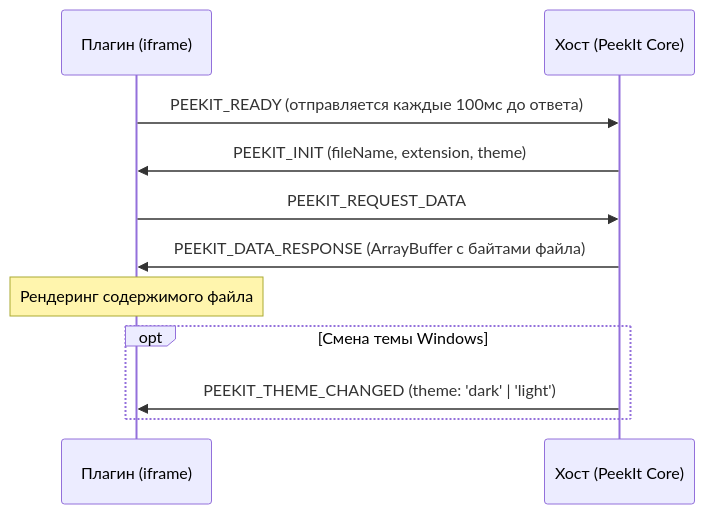
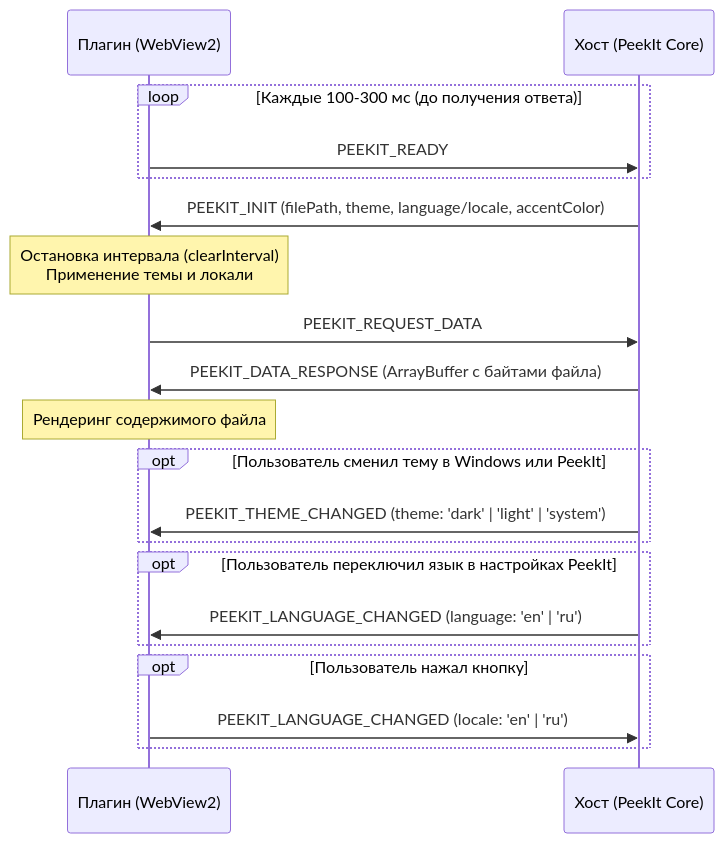
One commit to kobaltgit/peekit-plugins changed the diagram in PLUGIN_DEVELOPMENT_GUIDE.md. Above: the diagram before and after it, drawn with Mermaid. The commit also changed other lines of this file and 109 other files, not shown here.

Commit message:
feat: standardise light theme, fix archive hang, add pre-production test suite and update plugins to latest stable

````diff
--- a/PLUGIN_DEVELOPMENT_GUIDE.md
+++ b/PLUGIN_DEVELOPMENT_GUIDE.md
@@ -77,16 +101,29 @@
 ```mermaid
 sequenceDiagram
-    participant Plugin as Плагин (iframe)
+    participant Plugin as Плагин (WebView2)
     participant Host as Хост (PeekIt Core)
     
-    Plugin->>Host: PEEKIT_READY (отправляется каждые 100мс до ответа)
-    Host->>Plugin: PEEKIT_INIT (fileName, extension, theme)
+    loop Каждые 100-300 мс (до получения ответа)
+        Plugin->>Host: PEEKIT_READY
+    end
+    
+    Host->>Plugin: PEEKIT_INIT (filePath, theme, language/locale, accentColor)
+    Note over Plugin: Остановка интервала (clearInterval)<br/>Применение темы и локали
+    
     Plugin->>Host: PEEKIT_REQUEST_DATA
     Host->>Plugin: PEEKIT_DATA_RESPONSE (ArrayBuffer с байтами файла)
     
     Note over Plugin: Рендеринг содержимого файла
     
-    opt Смена темы Windows
-        Host->>Plugin: PEEKIT_THEME_CHANGED (theme: 'dark' | 'light')
+    opt Пользователь сменил тему в Windows или PeekIt
+        Host->>Plugin: PEEKIT_THEME_CHANGED (theme: 'dark' | 'light' | 'system')
+    end
+    
+    opt Пользователь переключил язык в настройках PeekIt
+        Host->>Plugin: PEEKIT_LANGUAGE_CHANGED (language: 'en' | 'ru')
+    end
+    
+    opt Пользователь нажал кнопку #btnToggleLang в тулбаре плагина
+        Plugin->>Host: PEEKIT_LANGUAGE_CHANGED (locale: 'en' | 'ru')
     end
 ```
````
